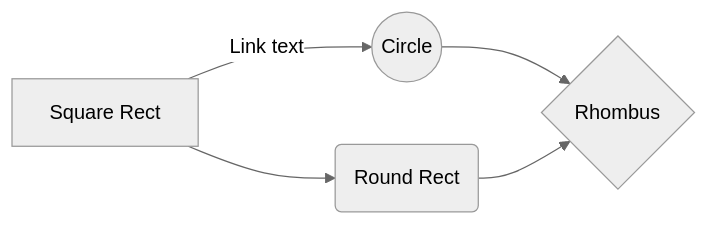
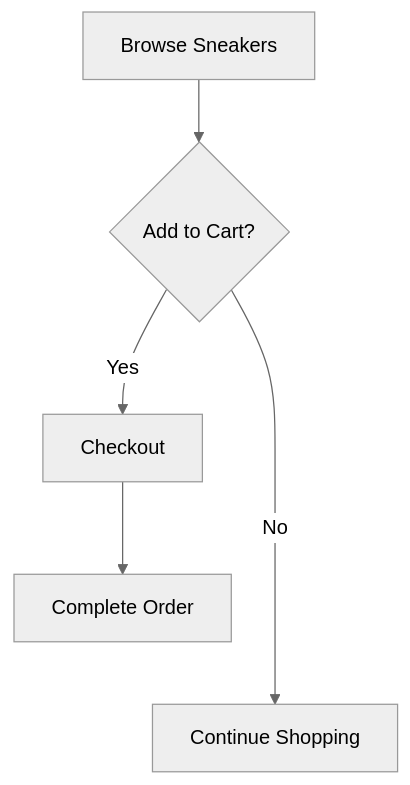
The diagram in public/examples/basic-flowchart.mermaid (chronick/mermaid-diagram-editor), drawn with Mermaid (neutral theme) before and after one commit. The commit also changed 16 other files, not shown here.

```diff
--- a/public/examples/basic-flowchart.mermaid
+++ b/public/examples/basic-flowchart.mermaid
@@ -1,5 +1,5 @@
-graph LR
-    A[Square Rect] -- Link text --> B((Circle))
-    A --> C(Round Rect)
-    B --> D{Rhombus}
-    C --> D 
+flowchart TD
+    A[Browse Sneakers] --> B{Add to Cart?}
+    B -->|Yes| C[Checkout]
+    C --> D[Complete Order]
+    B ---->|No| E[Continue Shopping] 
```
